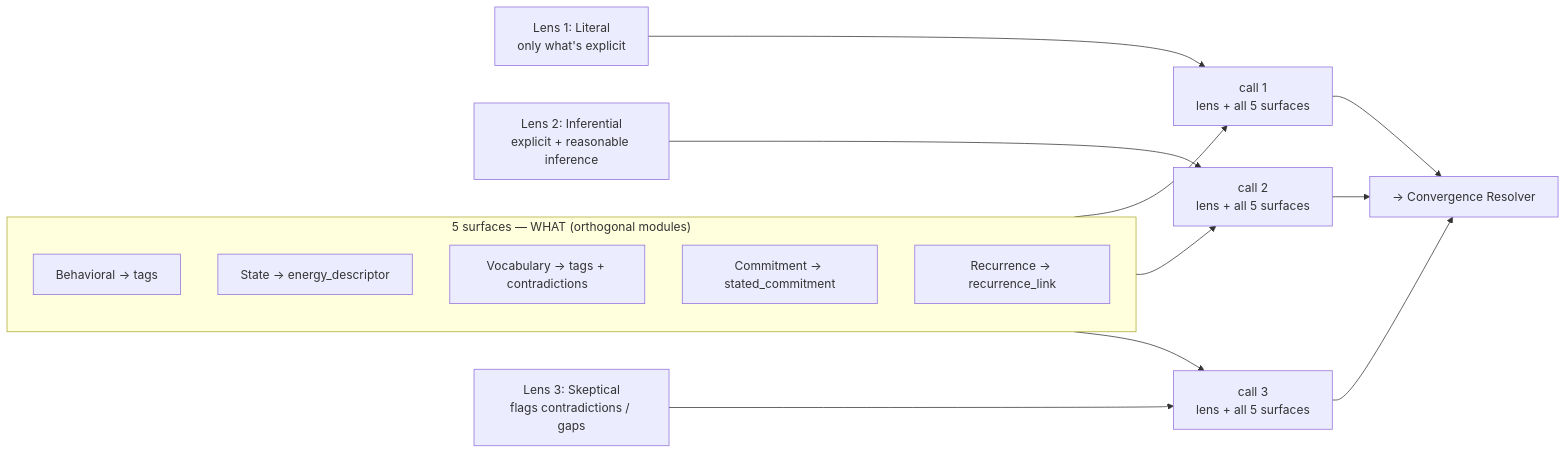
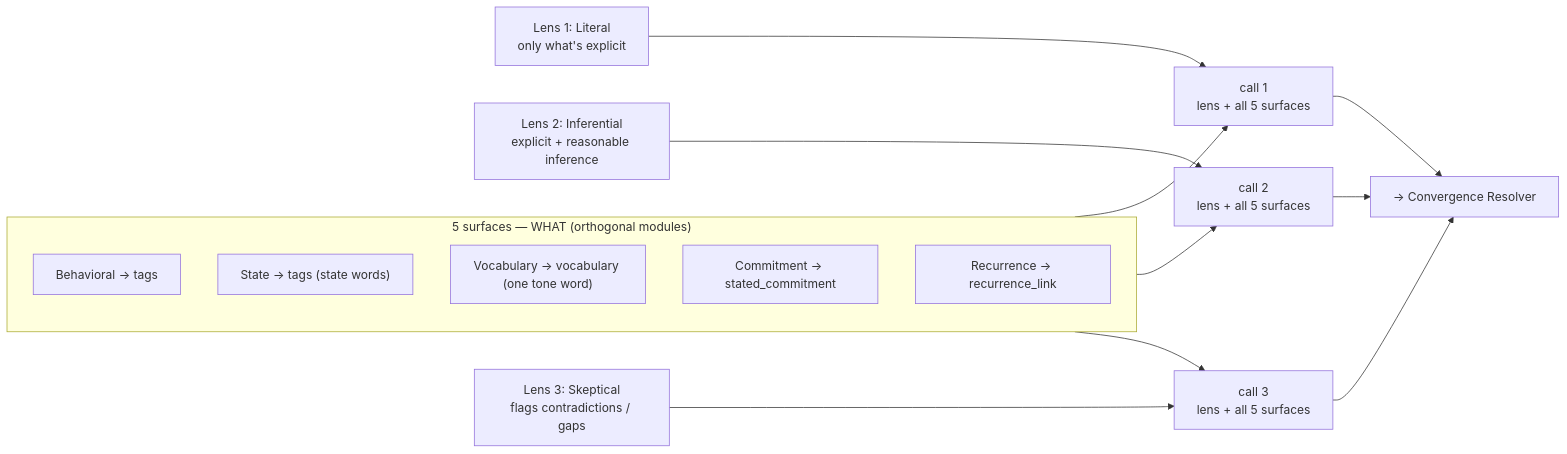
Before and after one commit to anchildress1/vestige: the first of 5 diagrams in docs/diagrams/llm-functionality.md, drawn with Mermaid. The commit also changed 140 other files, not shown here.

First line of the commit message:
Phase 5: extraction-schema rebuild + demo seed tuning (#58)

````diff
--- a/docs/diagrams/llm-functionality.md
+++ b/docs/diagrams/llm-functionality.md
@@ -19,25 +19,25 @@
 ```mermaid
 flowchart LR
     accTitle: Three lenses by five surfaces extraction matrix
     accDescr: Each of three lenses (Literal, Inferential, Skeptical) is one model call that composes all five surfaces (Behavioral, State, Vocabulary, Commitment, Recurrence) and returns the full schema. Three model calls per entry.
 
     subgraph surfaces["5 surfaces — WHAT (orthogonal modules)"]
       direction TB
       B["Behavioral → tags"]
-      S["State → energy_descriptor"]
-      V["Vocabulary → tags + contradictions"]
+      S["State → tags (state words)"]
+      V["Vocabulary → vocabulary (one tone word)"]
       C["Commitment → stated_commitment"]
       R["Recurrence → recurrence_link"]
     end
 
     L1["Lens 1: Literal<br/>only what's explicit"] --> P1["call 1<br/>lens + all 5 surfaces"]
     L2["Lens 2: Inferential<br/>explicit + reasonable inference"] --> P2["call 2<br/>lens + all 5 surfaces"]
     L3["Lens 3: Skeptical<br/>flags contradictions / gaps"] --> P3["call 3<br/>lens + all 5 surfaces"]
 
     surfaces --> P1
     surfaces --> P2
     surfaces --> P3
     P1 --> RES["→ Convergence Resolver"]
     P2 --> RES
     P3 --> RES
 ```
````
